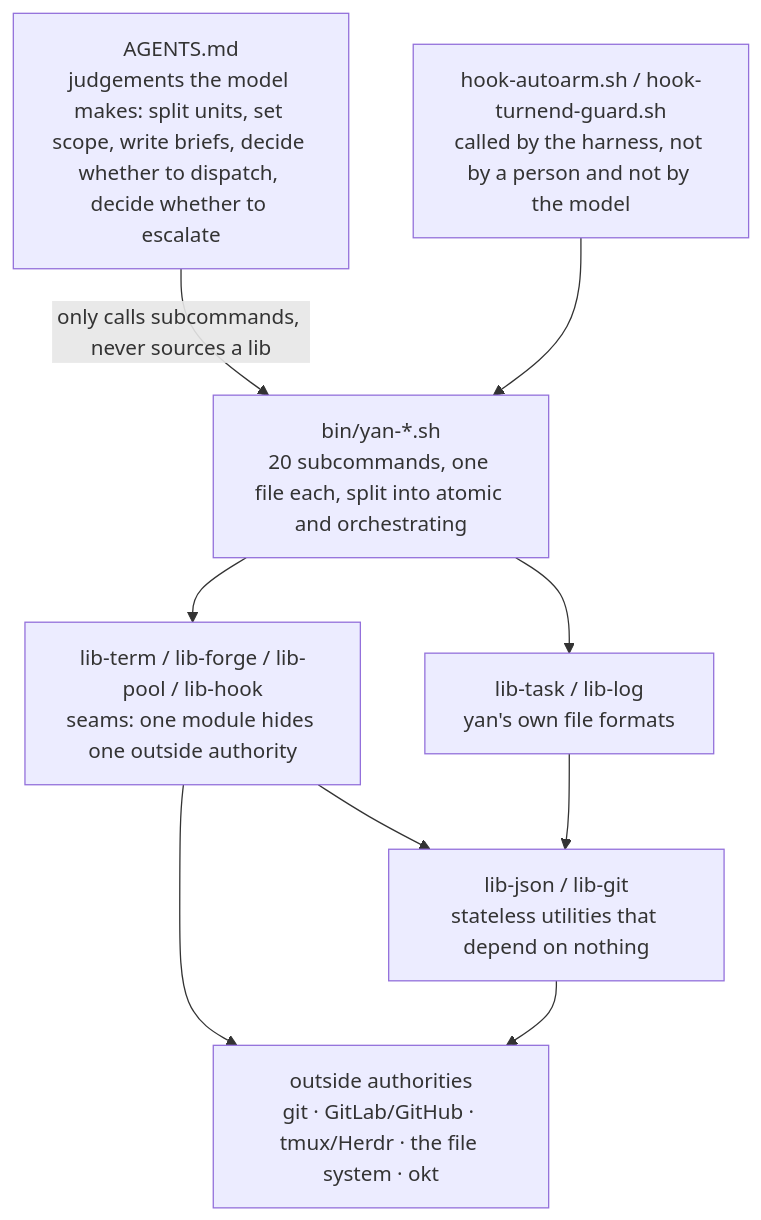
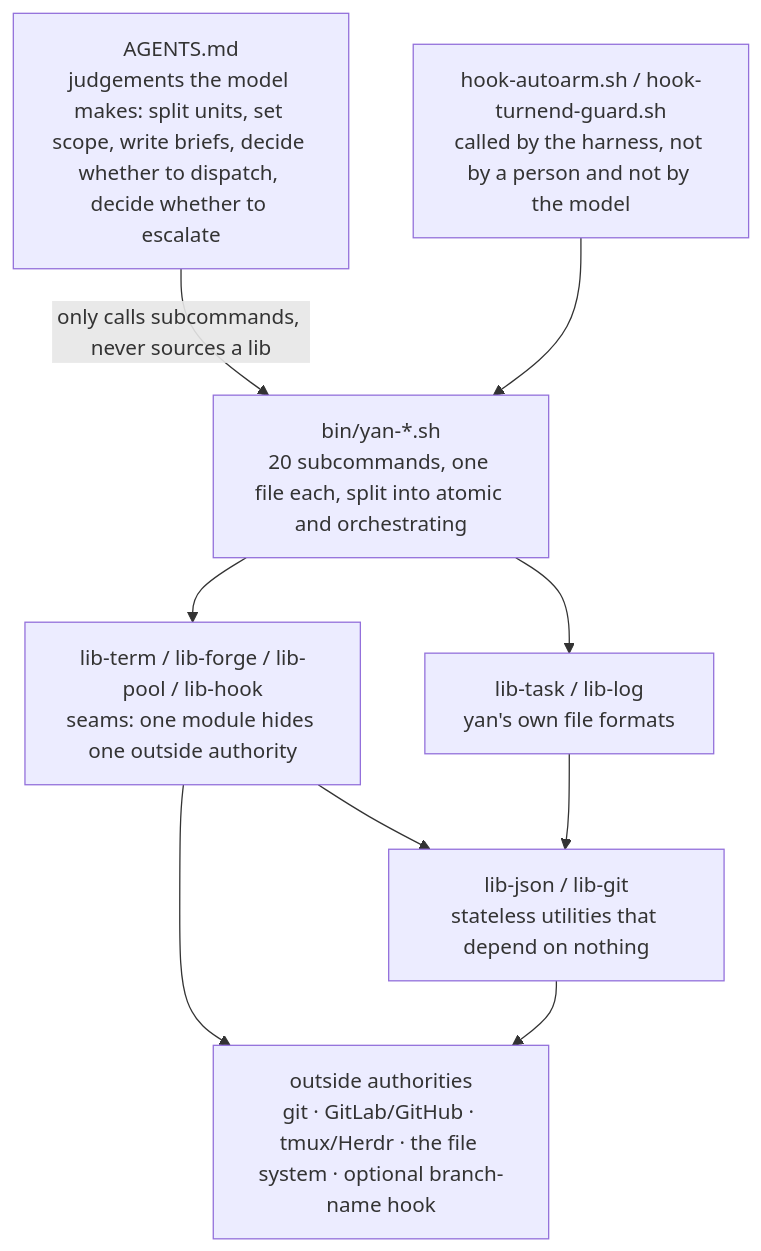
One commit to BoLiDev/Yan changed the diagram in docs/design/architecture.md. Above: the diagram before and after it, drawn with Mermaid. The commit also changed other lines of this file and 11 other files, not shown here.

````diff
--- a/docs/design/architecture.md
+++ b/docs/design/architecture.md
@@ -23,19 +23,19 @@
 ```mermaid
 graph TD
     A["AGENTS.md<br/>judgements the model makes: split units, set scope, write briefs, decide whether to dispatch, decide whether to escalate"]
     B["bin/yan-*.sh<br/>20 subcommands, one file each, split into atomic and orchestrating"]
     H["hook-autoarm.sh / hook-turnend-guard.sh<br/>called by the harness, not by a person and not by the model"]
     C["lib-term / lib-forge / lib-pool / lib-hook<br/>seams: one module hides one outside authority"]
     D["lib-task / lib-log<br/>yan's own file formats"]
     E["lib-json / lib-git<br/>stateless utilities that depend on nothing"]
-    F["outside authorities<br/>git · GitLab/GitHub · tmux/Herdr · the file system · okt"]
+    F["outside authorities<br/>git · GitLab/GitHub · tmux/Herdr · the file system · optional branch-name hook"]
 
     A -->|"only calls subcommands, never sources a lib"| B
     H --> B
     B --> C
     B --> D
     C --> E
     D --> E
     C --> F
     E --> F
 ```
````
